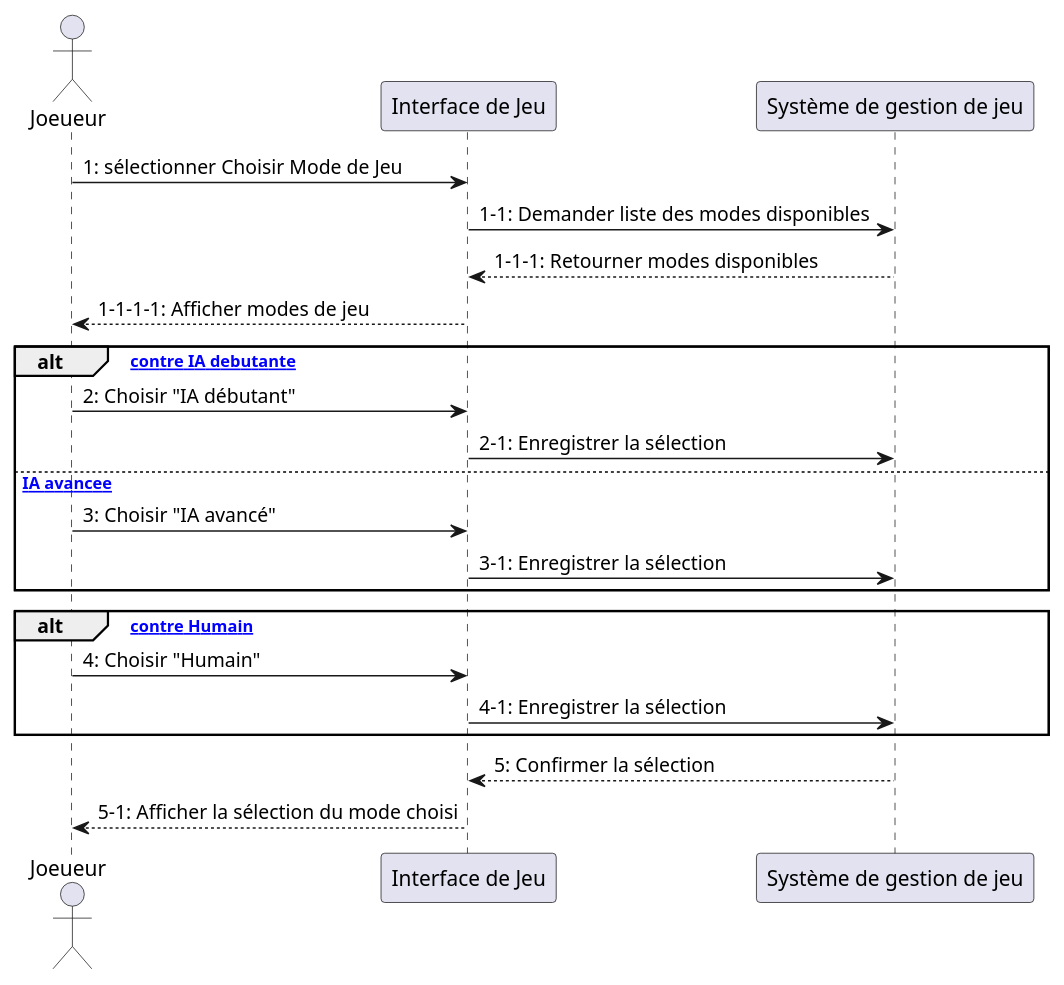
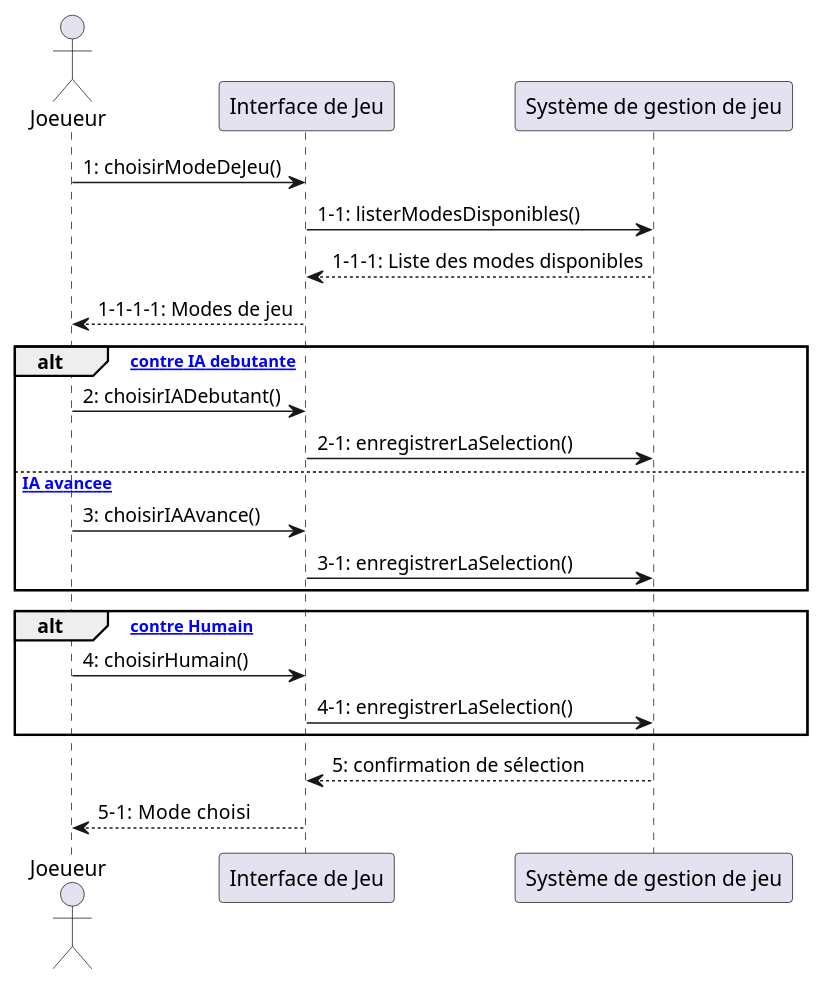
Before and after one commit to Al5uke/equipe9-inf5153-bataille-navale: the diagram in _models/sequence_diagram_select_game_mode.puml, drawn with PlantUML.

Commit message:
Modification du diagramme de séquence option choisir mode de jeu

```diff
--- a/_models/sequence_diagram_select_game_mode.puml
+++ b/_models/sequence_diagram_select_game_mode.puml
@@ -1,27 +1,27 @@
 @startuml
 actor "Joeueur" as Player
 participant "Interface de Jeu" as UI
 participant "Système de gestion de jeu" as GameSystem
 
-Player -> UI: 1: sélectionner Choisir Mode de Jeu
-UI -> GameSystem: 1-1: Demander liste des modes disponibles
-GameSystem --> UI: 1-1-1: Retourner modes disponibles
-UI --> Player: 1-1-1-1: Afficher modes de jeu
+Player -> UI: 1: choisirModeDeJeu()
+UI -> GameSystem: 1-1: listerModesDisponibles()
+GameSystem --> UI: 1-1-1: Liste des modes disponibles
+UI --> Player: 1-1-1-1: Modes de jeu
 
 alt [Jouer contre IA debutante]
-    Player -> UI: 2: Choisir "IA débutant"
-    UI -> GameSystem: 2-1: Enregistrer la sélection
+    Player -> UI: 2: choisirIADebutant()
+    UI -> GameSystem: 2-1: enregistrerLaSelection()
 else [contre IA avancee]
-    Player -> UI: 3: Choisir "IA avancé"
-    UI -> GameSystem: 3-1: Enregistrer la sélection
+    Player -> UI: 3: choisirIAAvance()
+    UI -> GameSystem: 3-1: enregistrerLaSelection()
 end
 
 alt [Jouer contre Humain]
-    Player -> UI: 4: Choisir "Humain"
-    UI -> GameSystem: 4-1: Enregistrer la sélection
+    Player -> UI: 4: choisirHumain()
+    UI -> GameSystem: 4-1: enregistrerLaSelection()
 end
 
-GameSystem --> UI: 5: Confirmer la sélection
-UI --> Player: 5-1: Afficher la sélection du mode choisi
+GameSystem --> UI: 5: confirmation de sélection
+UI --> Player: 5-1:  Mode choisi
 
 @enduml
```
